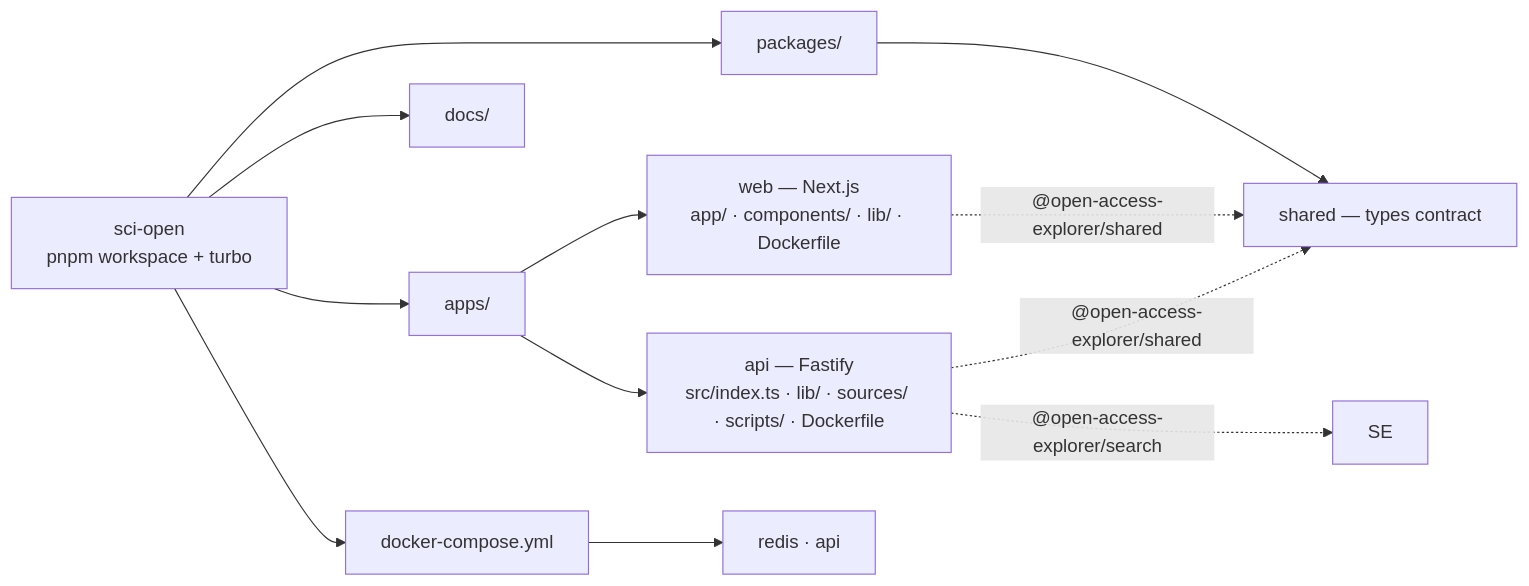
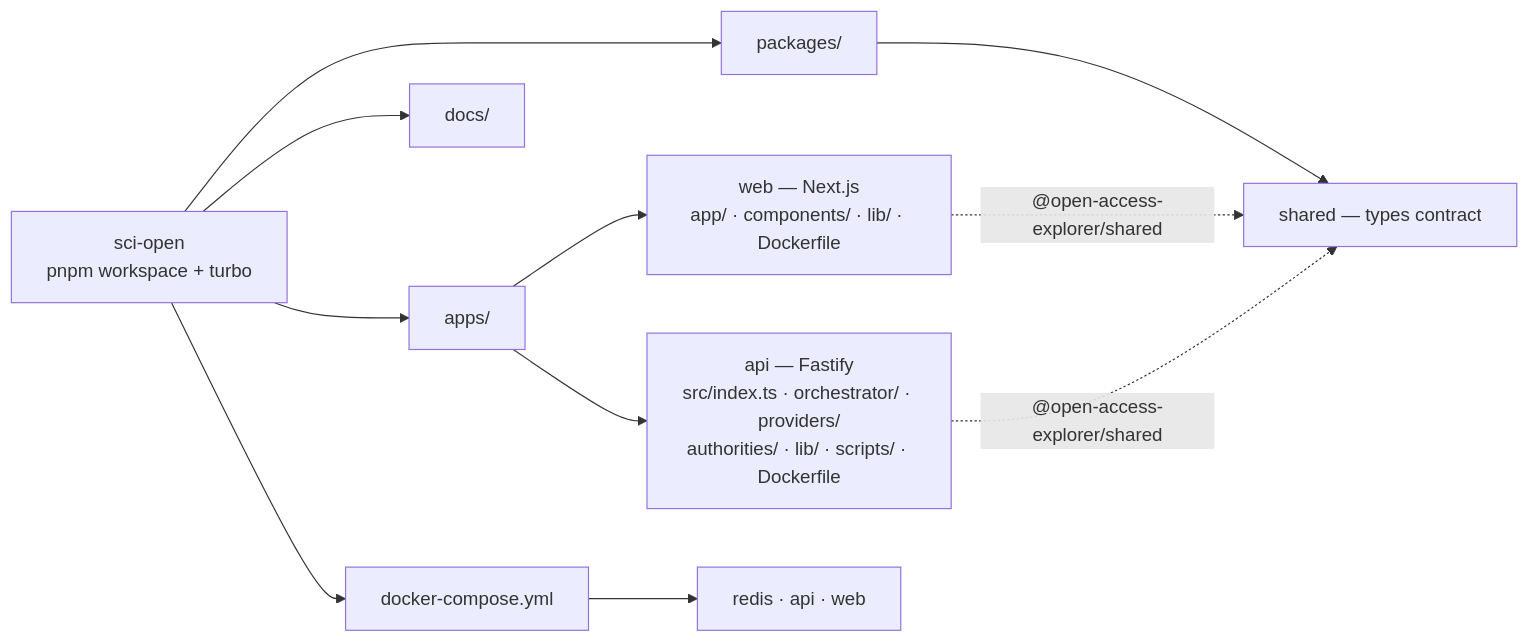
The fourth of 4 diagrams in docs/architecture-diagram.md (matiasrodlo/sci-open), drawn with Mermaid before and after one commit. The commit also changed other lines of this file and 11 other files, not shown here.

````diff
--- a/docs/architecture-diagram.md
+++ b/docs/architecture-diagram.md
@@ -322,19 +326,18 @@
 ```mermaid
 flowchart LR
   ROOT["sci-open<br/>pnpm workspace + turbo"]
   ROOT --> APPS["apps/"]
   ROOT --> PKG["packages/"]
   ROOT --> DOCS["docs/"]
   ROOT --> DC["docker-compose.yml"]
 
   APPS --> W["web — Next.js<br/>app/ · components/ · lib/ · Dockerfile"]
-  APPS --> A["api — Fastify<br/>src/index.ts · lib/ · sources/ · scripts/ · Dockerfile"]
+  APPS --> A["api — Fastify<br/>src/index.ts · orchestrator/ · providers/<br/>authorities/ · lib/ · scripts/ · Dockerfile"]
 
   PKG --> SH["shared — types contract"]
 
   W -.->|"@open-access-explorer/shared"| SH
   A -.->|"@open-access-explorer/shared"| SH
-  A -.->|"@open-access-explorer/search"| SE
 
-  DC --> SVC["redis · api"]
+  DC --> SVC["redis · api · web"]
 ```
````
